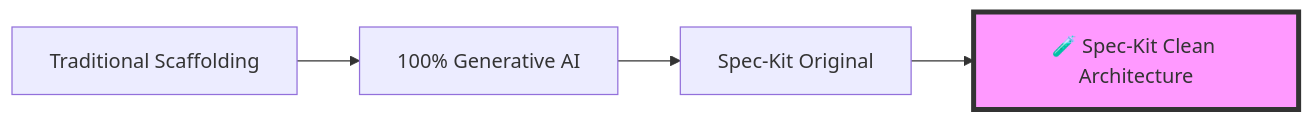
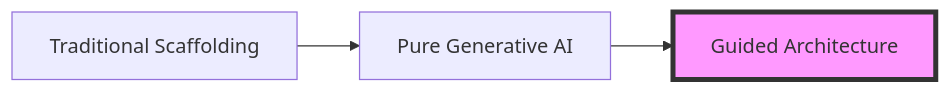
Before and after one commit to thiagobutignon/spec-kit-clean-archicteture: the first of 2 diagrams in README.md, drawn with Mermaid. The commit also changed other lines of this file and 2 other files, not shown here.

````diff
--- a/README.md
+++ b/README.md
@@ -19,8 +19,7 @@
 ```mermaid
 graph LR
-    A[Traditional Scaffolding] --> B[100% Generative AI]
-    B --> C[Spec-Kit Original]
-    C --> D[🧪 Spec-Kit Clean Architecture]
+    A[Traditional Scaffolding] --> B[Pure Generative AI]
+    B --> C[Guided Architecture]
 
-    style D fill:#f9f,stroke:#333,stroke-width:4px
+    style C fill:#f9f,stroke:#333,stroke-width:4px
 ```
````
